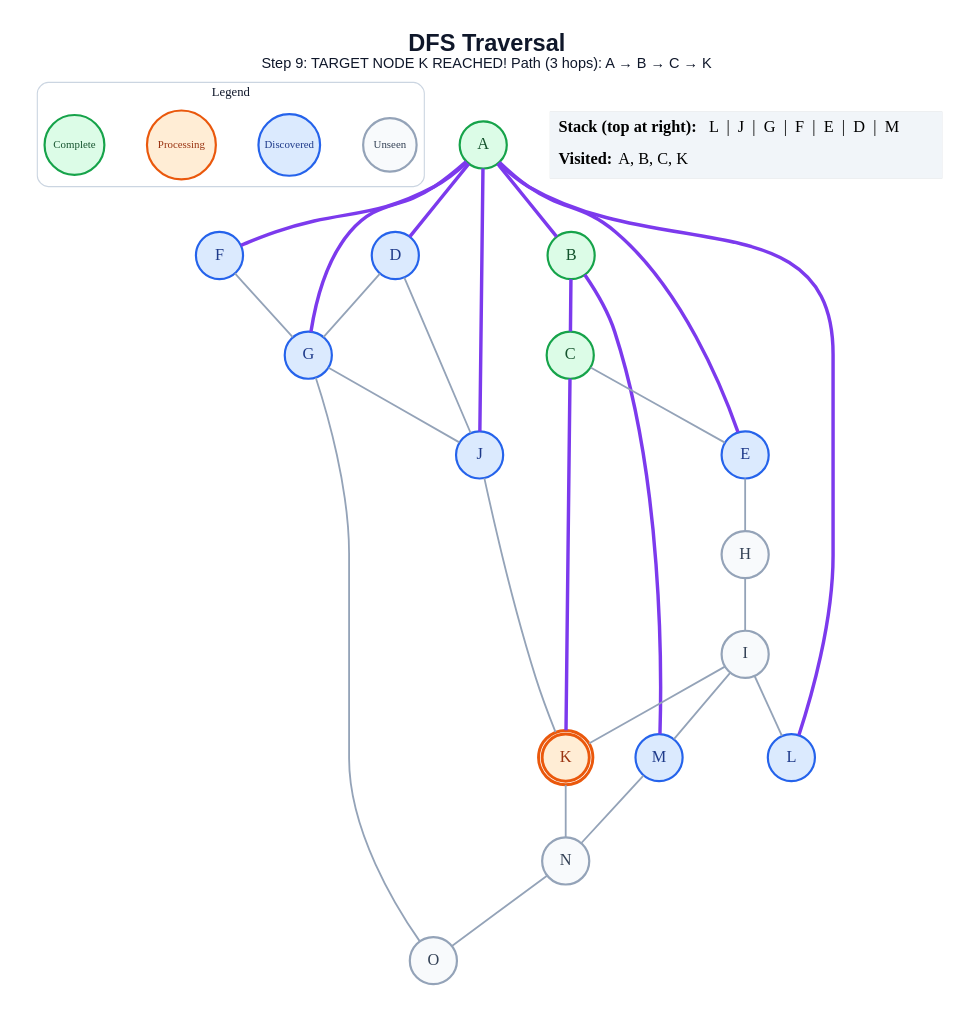
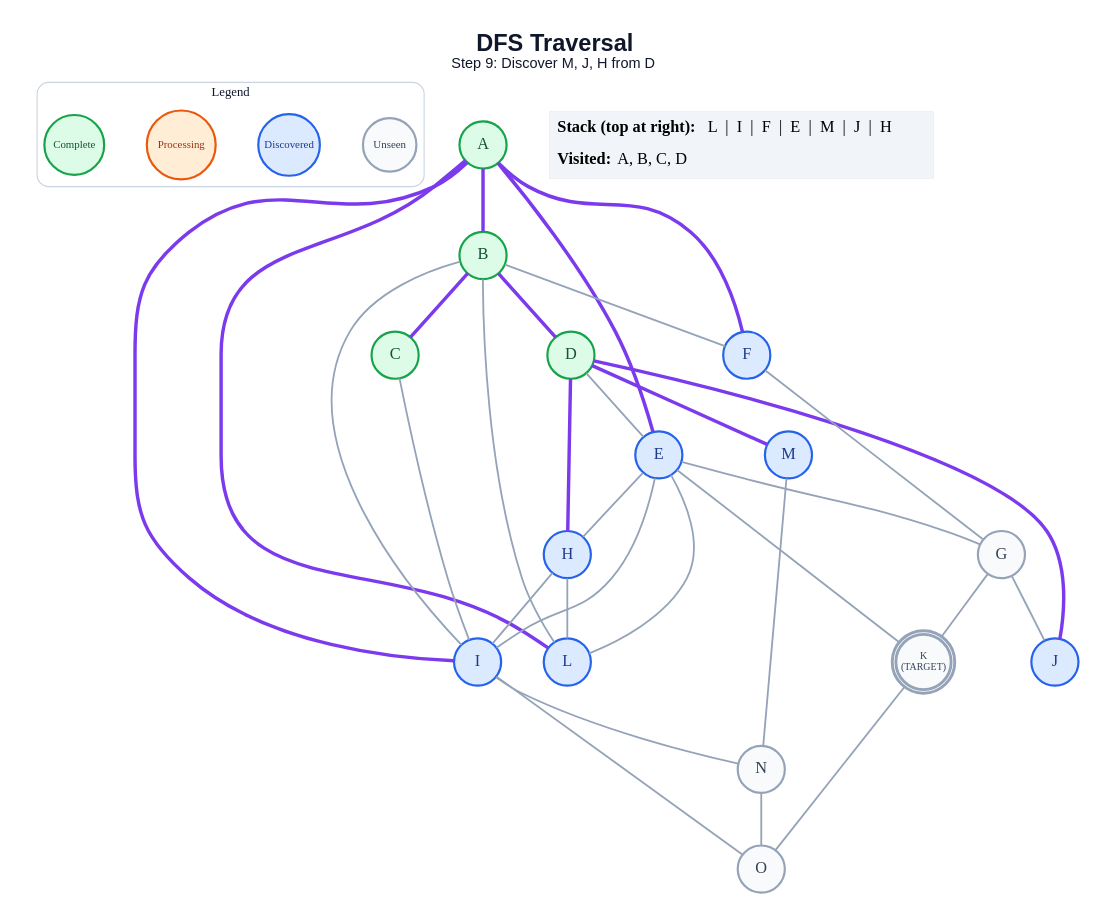
The diagram in generated/specific-node/dfs/step_09.dot (anon7238593-create/ai-slop), drawn with Graphviz before and after one commit. The commit also changed 263 other files, not shown here.

```diff
--- a/generated/specific-node/dfs/step_09.dot
+++ b/generated/specific-node/dfs/step_09.dot
@@ -1,59 +1,64 @@
 graph traversal {
   graph [layout=dot, rankdir=TB, bgcolor="#FFFFFF", pad="0.35", nodesep="0.65", ranksep="0.8", fontname="Arial"];
   node [shape=circle, style="filled", fontname="Arial Bold", fontsize=18, width=0.72, fixedsize=true, penwidth=2.4];
   edge [color="#94A3B8", penwidth=2.0];
-  label=<<B>DFS Traversal</B><BR/><FONT POINT-SIZE="16">Step 9: TARGET NODE K REACHED! Path (3 hops): A → B → C → K</FONT>>; labelloc="t"; fontsize=26; fontname="Arial"; fontcolor="#0F172A";
+  label=<<B>DFS Traversal</B><BR/><FONT POINT-SIZE="16">Step 9: Discover M, J, H from D</FONT>>; labelloc="t"; fontsize=26; fontname="Arial"; fontcolor="#0F172A";
   subgraph cluster_legend { label="Legend"; color="#CBD5E1"; penwidth=1.2; style="rounded"; fontsize=14; fontname="Arial Bold";
     key_unseen [label="Unseen", fillcolor="#F8FAFC", color="#94A3B8", fontcolor="#334155", fontsize=12, width=0.82];
     key_frontier [label="Discovered", fillcolor="#DBEAFE", color="#2563EB", fontcolor="#1E3A8A", fontsize=12, width=0.95];
     key_current [label="Processing", fillcolor="#FFEDD5", color="#EA580C", fontcolor="#9A3412", fontsize=12, width=1.05];
     key_done [label="Complete", fillcolor="#DCFCE7", color="#16A34A", fontcolor="#14532D", fontsize=12, width=0.92];
     { rank=same; key_unseen; key_frontier; key_current; key_done; }
   }
   A [label="A", fillcolor="#DCFCE7", color="#16A34A", fontcolor="#14532D", peripheries=1, penwidth=2.4];
   B [label="B", fillcolor="#DCFCE7", color="#16A34A", fontcolor="#14532D", peripheries=1, penwidth=2.4];
   C [label="C", fillcolor="#DCFCE7", color="#16A34A", fontcolor="#14532D", peripheries=1, penwidth=2.4];
-  D [label="D", fillcolor="#DBEAFE", color="#2563EB", fontcolor="#1E3A8A", peripheries=1, penwidth=2.4];
+  D [label="D", fillcolor="#DCFCE7", color="#16A34A", fontcolor="#14532D", peripheries=1, penwidth=2.4];
   E [label="E", fillcolor="#DBEAFE", color="#2563EB", fontcolor="#1E3A8A", peripheries=1, penwidth=2.4];
   F [label="F", fillcolor="#DBEAFE", color="#2563EB", fontcolor="#1E3A8A", peripheries=1, penwidth=2.4];
-  G [label="G", fillcolor="#DBEAFE", color="#2563EB", fontcolor="#1E3A8A", peripheries=1, penwidth=2.4];
-  H [label="H", fillcolor="#F8FAFC", color="#94A3B8", fontcolor="#334155", peripheries=1, penwidth=2.4];
-  I [label="I", fillcolor="#F8FAFC", color="#94A3B8", fontcolor="#334155", peripheries=1, penwidth=2.4];
+  G [label="G", fillcolor="#F8FAFC", color="#94A3B8", fontcolor="#334155", peripheries=1, penwidth=2.4];
+  H [label="H", fillcolor="#DBEAFE", color="#2563EB", fontcolor="#1E3A8A", peripheries=1, penwidth=2.4];
+  I [label="I", fillcolor="#DBEAFE", color="#2563EB", fontcolor="#1E3A8A", peripheries=1, penwidth=2.4];
   J [label="J", fillcolor="#DBEAFE", color="#2563EB", fontcolor="#1E3A8A", peripheries=1, penwidth=2.4];
-  K [label="K", fillcolor="#FFEDD5", color="#EA580C", fontcolor="#9A3412", peripheries=2, penwidth=3.2];
+  K [label="K\n(TARGET)", fillcolor="#F8FAFC", color="#94A3B8", fontcolor="#334155", peripheries=2, penwidth=3.2, fontsize=11, width=0.85, height=0.85];
   L [label="L", fillcolor="#DBEAFE", color="#2563EB", fontcolor="#1E3A8A", peripheries=1, penwidth=2.4];
   M [label="M", fillcolor="#DBEAFE", color="#2563EB", fontcolor="#1E3A8A", peripheries=1, penwidth=2.4];
   N [label="N", fillcolor="#F8FAFC", color="#94A3B8", fontcolor="#334155", peripheries=1, penwidth=2.4];
   O [label="O", fillcolor="#F8FAFC", color="#94A3B8", fontcolor="#334155", peripheries=1, penwidth=2.4];
   A -- B [color="#7C3AED", penwidth=3.8];
-  A -- D [color="#7C3AED", penwidth=3.8];
   A -- E [color="#7C3AED", penwidth=3.8];
   A -- F [color="#7C3AED", penwidth=3.8];
-  A -- G [color="#7C3AED", penwidth=3.8];
-  A -- J [color="#7C3AED", penwidth=3.8];
+  A -- I [color="#7C3AED", penwidth=3.8];
   A -- L [color="#7C3AED", penwidth=3.8];
   B -- C [color="#7C3AED", penwidth=3.8];
-  B -- M [color="#7C3AED", penwidth=3.8];
-  C -- E;
-  C -- K [color="#7C3AED", penwidth=3.8];
-  D -- G;
-  D -- J;
+  B -- D [color="#7C3AED", penwidth=3.8];
+  B -- F;
+  B -- I;
+  B -- L;
+  C -- I;
+  D -- E;
+  D -- H [color="#7C3AED", penwidth=3.8];
+  D -- J [color="#7C3AED", penwidth=3.8];
+  D -- M [color="#7C3AED", penwidth=3.8];
+  E -- G;
   E -- H;
+  E -- I;
+  E -- K;
+  E -- L;
   F -- G;
   G -- J;
-  G -- O;
+  G -- K;
   H -- I;
-  I -- K;
-  I -- L;
-  I -- M;
-  J -- K;
-  K -- N;
+  H -- L;
+  I -- N;
+  I -- O;
+  K -- O;
   M -- N;
   N -- O;
   status [shape=plain, fixedsize=false, width=0, height=0, margin=0, label=<
     <TABLE BORDER="0" CELLBORDER="0" CELLPADDING="7" BGCOLOR="#F1F5F9">
-      <TR><TD ALIGN="LEFT"><B>Stack (top at right):</B> L  |  J  |  G  |  F  |  E  |  D  |  M</TD></TR>
-      <TR><TD ALIGN="LEFT"><B>Visited:</B> A, B, C, K</TD></TR>
+      <TR><TD ALIGN="LEFT"><B>Stack (top at right):</B> L  |  I  |  F  |  E  |  M  |  J  |  H</TD></TR>
+      <TR><TD ALIGN="LEFT"><B>Visited:</B> A, B, C, D</TD></TR>
     </TABLE>
   >];
 }
```
